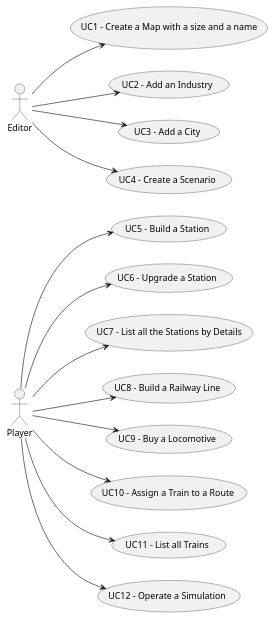
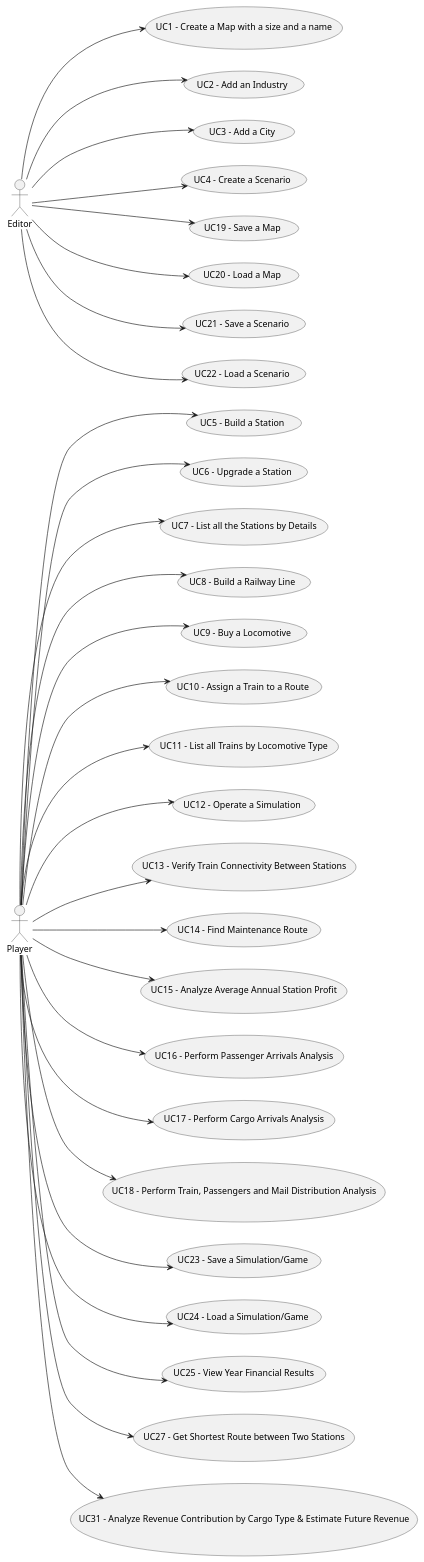
Before and after one commit to 1240826/empire-on-tracks: the diagram in docs/system-documentation/global-artifacts/01.requirements-engineering/puml/UCD.puml, drawn with PlantUML. The commit also changed 6 other files, not shown here.

Commit message:
Use Case Diagram updated

```diff
--- a/docs/system-documentation/global-artifacts/01.requirements-engineering/puml/UCD.puml
+++ b/docs/system-documentation/global-artifacts/01.requirements-engineering/puml/UCD.puml
@@ -1,20 +1,36 @@
 @startuml
 
 left to right direction
 
 
  Player --> (UC5 - Build a Station)
  Player --> (UC6 - Upgrade a Station)
  Player --> (UC7 - List all the Stations by Details)
  Player --> (UC8 - Build a Railway Line)
  Player --> (UC9 - Buy a Locomotive)
  Player --> (UC10 - Assign a Train to a Route)
- Player --> (UC11 - List all Trains)
+ Player --> (UC11 - List all Trains by Locomotive Type)
  Player --> (UC12 - Operate a Simulation)
+ Player --> (UC13 - Verify Train Connectivity Between Stations)
+ Player --> (UC14 - Find Maintenance Route)
+ Player --> (UC15 - Analyze Average Annual Station Profit)
+ Player --> (UC16 - Perform Passenger Arrivals Analysis)
+ Player --> (UC17 - Perform Cargo Arrivals Analysis)
+ Player --> (UC18 - Perform Train, Passengers and Mail Distribution Analysis)
+Player --> (UC23 - Save a Simulation/Game)
+Player --> (UC24 - Load a Simulation/Game)
+Player --> (UC25 - View Year Financial Results)
+Player --> (UC27 - Get Shortest Route between Two Stations)
+Player --> (UC31 - Analyze Revenue Contribution by Cargo Type & Estimate Future Revenue)
 
-Editor --> (UC1 - Create a Map with a size and a name)
+
+
+ Editor --> (UC1 - Create a Map with a size and a name)
  Editor --> (UC2 - Add an Industry)
  Editor --> (UC3 - Add a City)
  Editor --> (UC4 - Create a Scenario)
-
+Editor --> (UC19 - Save a Map)
+Editor --> (UC20 - Load a Map)
+Editor --> (UC21 - Save a Scenario)
+Editor --> (UC22 - Load a Scenario)
  @enduml
```
